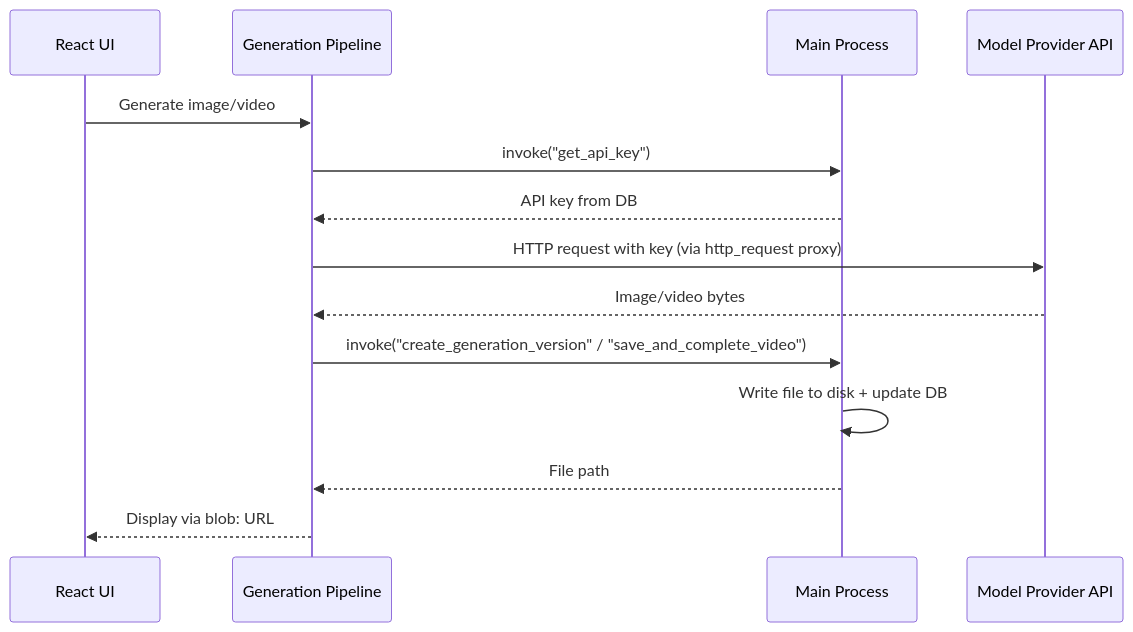
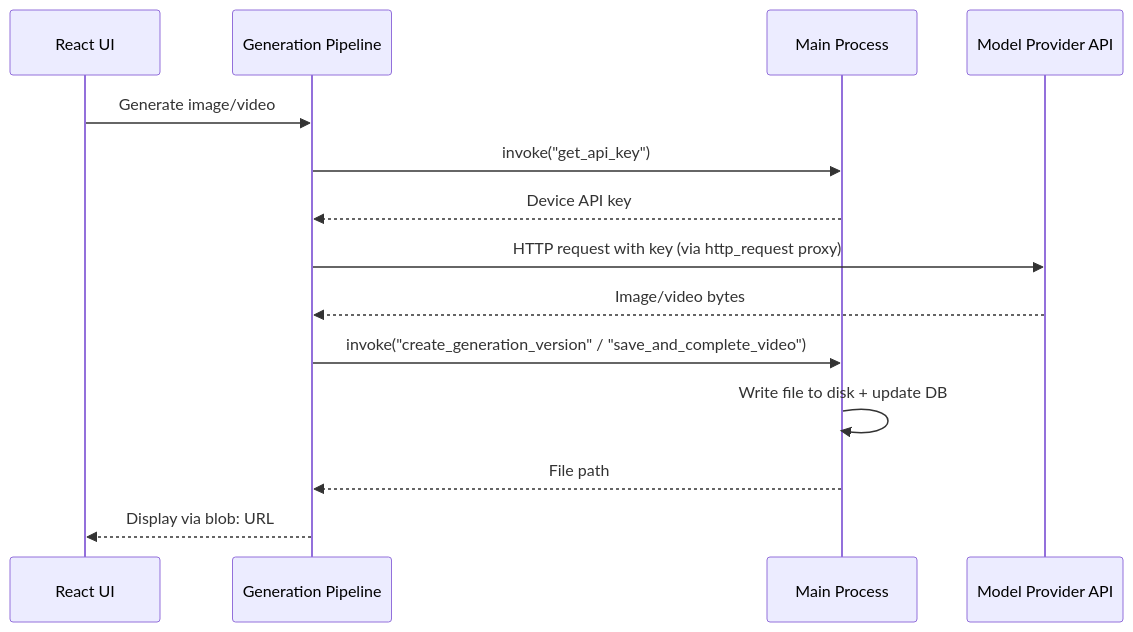
The third of 4 diagrams in docs/architecture.md (alexanderwanyoike/showbiz), drawn with Mermaid before and after one commit. The commit also changed other lines of this file and 1 other file, not shown here.

Commit message:
docs: align architecture with self-contained project documents

````diff
--- a/docs/architecture.md
+++ b/docs/architecture.md
@@ -101,17 +101,17 @@
 ```mermaid
 sequenceDiagram
     participant UI as React UI
     participant Gen as Generation Pipeline
     participant Main as Main Process
     participant API as Model Provider API
 
     UI->>Gen: Generate image/video
     Gen->>Main: invoke("get_api_key")
-    Main-->>Gen: API key from DB
+    Main-->>Gen: Device API key
     Gen->>API: HTTP request with key (via http_request proxy)
     API-->>Gen: Image/video bytes
     Gen->>Main: invoke("create_generation_version" / "save_and_complete_video")
     Main->>Main: Write file to disk + update DB
     Main-->>Gen: File path
     Gen-->>UI: Display via blob: URL
 ```
````
